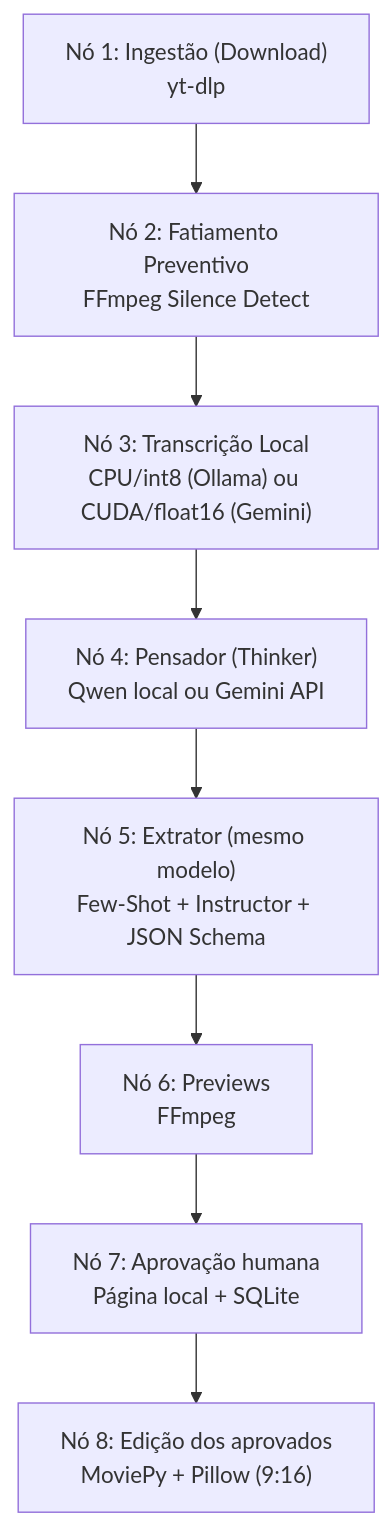
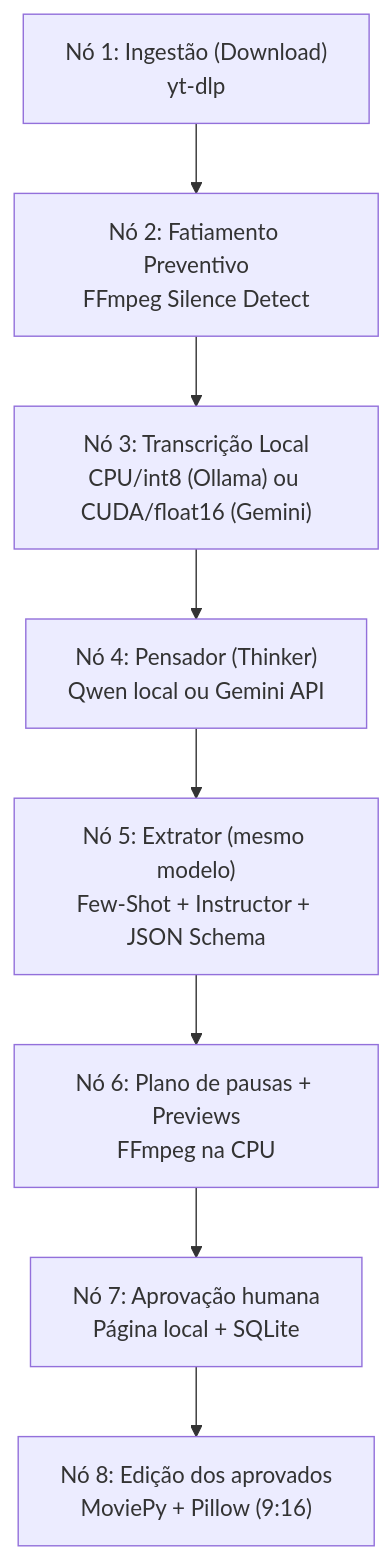
Before and after one commit to SegantinDavi/agent-clipper: the diagram in README.md, drawn with Mermaid. The commit also changed other lines of this file and 12 other files, not shown here.

````diff
--- a/README.md
+++ b/README.md
@@ -28,10 +28,10 @@
 ```mermaid
 flowchart TD
     A["Nó 1: Ingestão (Download)<br>yt-dlp"] --> B["Nó 2: Fatiamento Preventivo<br>FFmpeg Silence Detect"]
     B --> C["Nó 3: Transcrição Local<br>CPU/int8 (Ollama) ou CUDA/float16 (Gemini)"]
     C --> D["Nó 4: Pensador (Thinker)<br>Qwen local ou Gemini API"]
     D --> E["Nó 5: Extrator (mesmo modelo)<br>Few-Shot + Instructor + JSON Schema"]
-    E --> P["Nó 6: Previews<br>FFmpeg"]
+    E --> P["Nó 6: Plano de pausas + Previews<br>FFmpeg na CPU"]
     P --> R["Nó 7: Aprovação humana<br>Página local + SQLite"]
     R --> F["Nó 8: Edição dos aprovados<br>MoviePy + Pillow (9:16)"]
 ```
````
